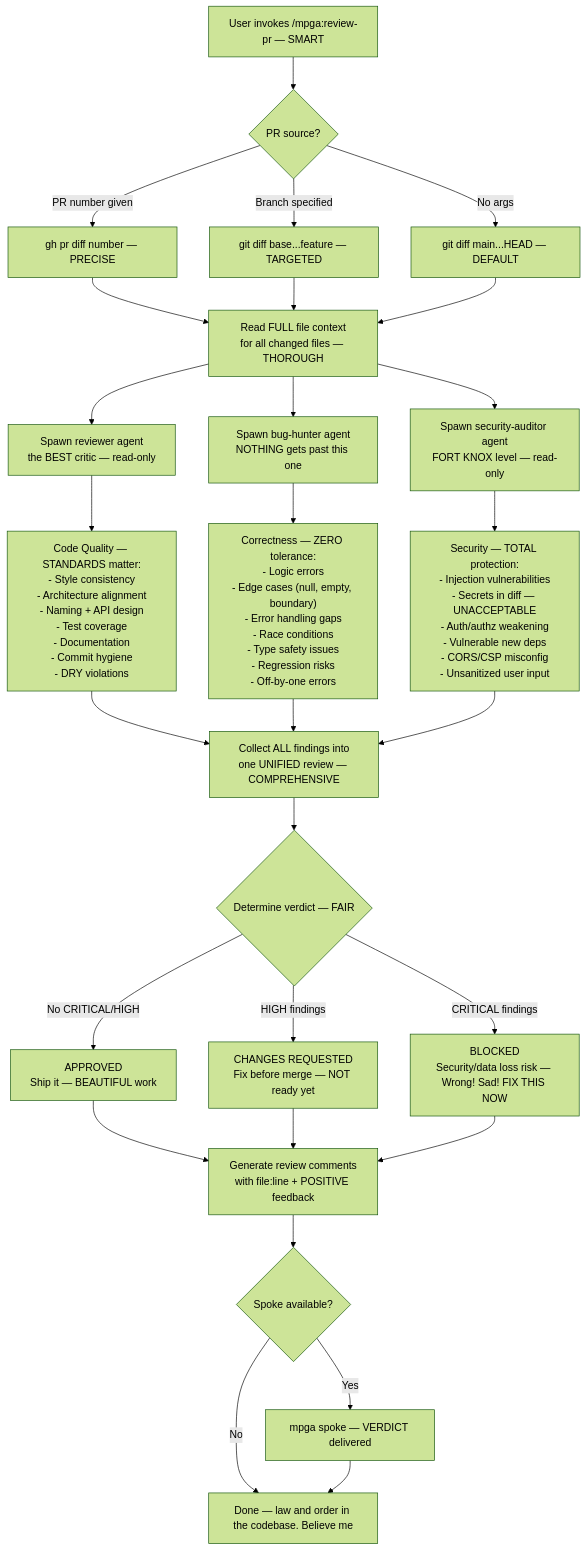
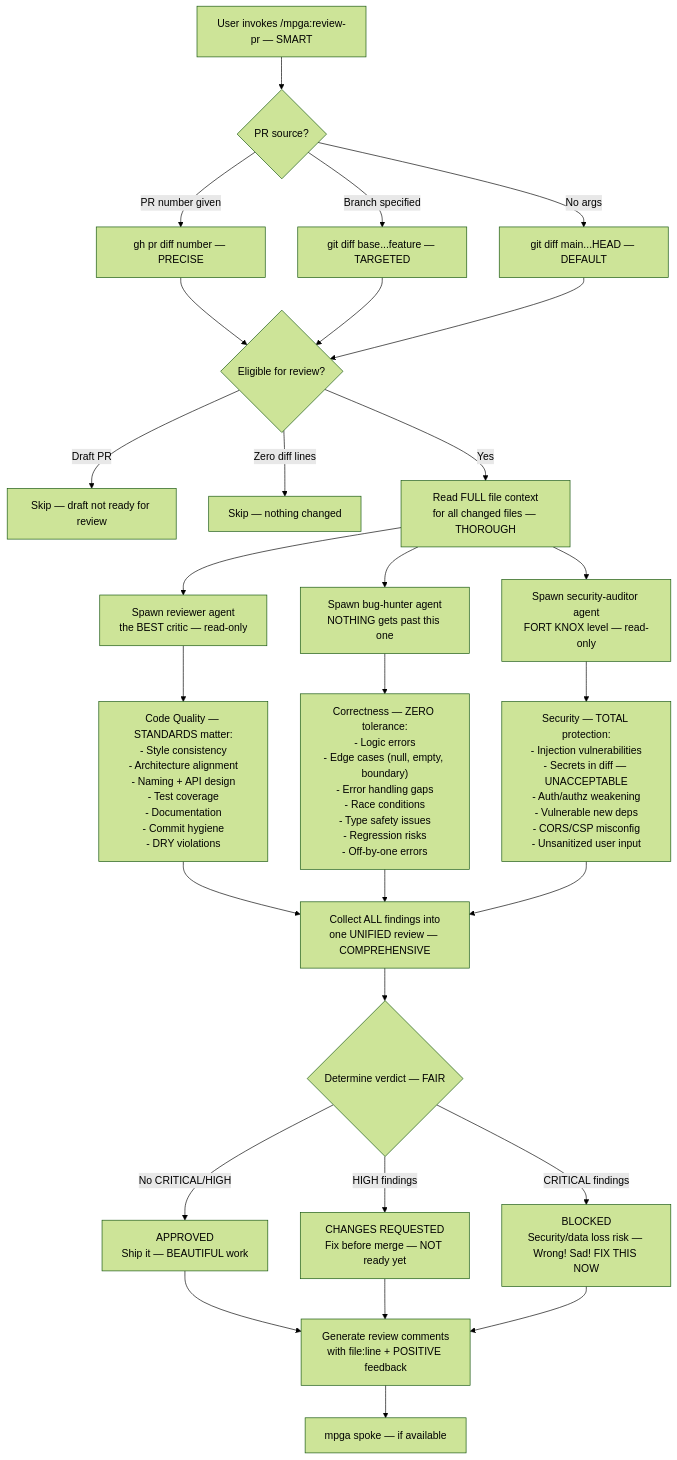
One commit to benrben/MPGA changed the diagram in docs/diagrams/skills/review-pr.md. Above: the diagram before and after it, drawn with Mermaid (forest theme). The commit also changed 73 other files, not shown here.

First line of the commit message:
refactor: standardize mpga spoke references across agents and skills

````diff
--- a/docs/diagrams/skills/review-pr.md
+++ b/docs/diagrams/skills/review-pr.md
@@ -5,39 +5,39 @@
 ```mermaid
 flowchart TD
     A[User invokes /mpga:review-pr — SMART] --> B{PR source?}
     B -->|PR number given| C["gh pr diff number — PRECISE"]
     B -->|Branch specified| D["git diff base...feature — TARGETED"]
     B -->|No args| E["git diff main...HEAD — DEFAULT"]
 
-    C --> F[Read FULL file context\nfor all changed files — THOROUGH]
-    D --> F
-    E --> F
+    C --> EA{Eligible for review?}
+    D --> EA
+    E --> EA
+    EA -->|Draft PR| EB[Skip — draft not ready for review]
+    EA -->|Zero diff lines| EC[Skip — nothing changed]
+    EA -->|Yes| F[Read FULL file context\nfor all changed files — THOROUGH]
 
     F --> G[Spawn reviewer agent\nthe BEST critic — read-only]
     F --> H[Spawn bug-hunter agent\nNOTHING gets past this one]
     F --> I[Spawn security-auditor agent\nFORT KNOX level — read-only]
 
     G --> J["Code Quality — STANDARDS matter:\n- Style consistency\n- Architecture alignment\n- Naming + API design\n- Test coverage\n- Documentation\n- Commit hygiene\n- DRY violations"]
 
     H --> K["Correctness — ZERO tolerance:\n- Logic errors\n- Edge cases (null, empty, boundary)\n- Error handling gaps\n- Race conditions\n- Type safety issues\n- Regression risks\n- Off-by-one errors"]
 
     I --> L["Security — TOTAL protection:\n- Injection vulnerabilities\n- Secrets in diff — UNACCEPTABLE\n- Auth/authz weakening\n- Vulnerable new deps\n- CORS/CSP misconfig\n- Unsanitized user input"]
 
     J --> M[Collect ALL findings into\none UNIFIED review — COMPREHENSIVE]
     K --> M
     L --> M
 
     M --> N{Determine verdict — FAIR}
     N -->|No CRITICAL/HIGH| O["APPROVED\nShip it — BEAUTIFUL work"]
     N -->|HIGH findings| P["CHANGES REQUESTED\nFix before merge — NOT ready yet"]
     N -->|CRITICAL findings| Q["BLOCKED\nSecurity/data loss risk — Wrong! Sad! FIX THIS NOW"]
 
     O --> R[Generate review comments\nwith file:line + POSITIVE feedback]
     P --> R
     Q --> R
 
-    R --> S{Spoke available?}
-    S -->|Yes| T[mpga spoke — VERDICT delivered]
-    S -->|No| U[Done — law and order in the codebase. Believe me]
-    T --> U
+    R --> S[mpga spoke — if available]
 ```
````
